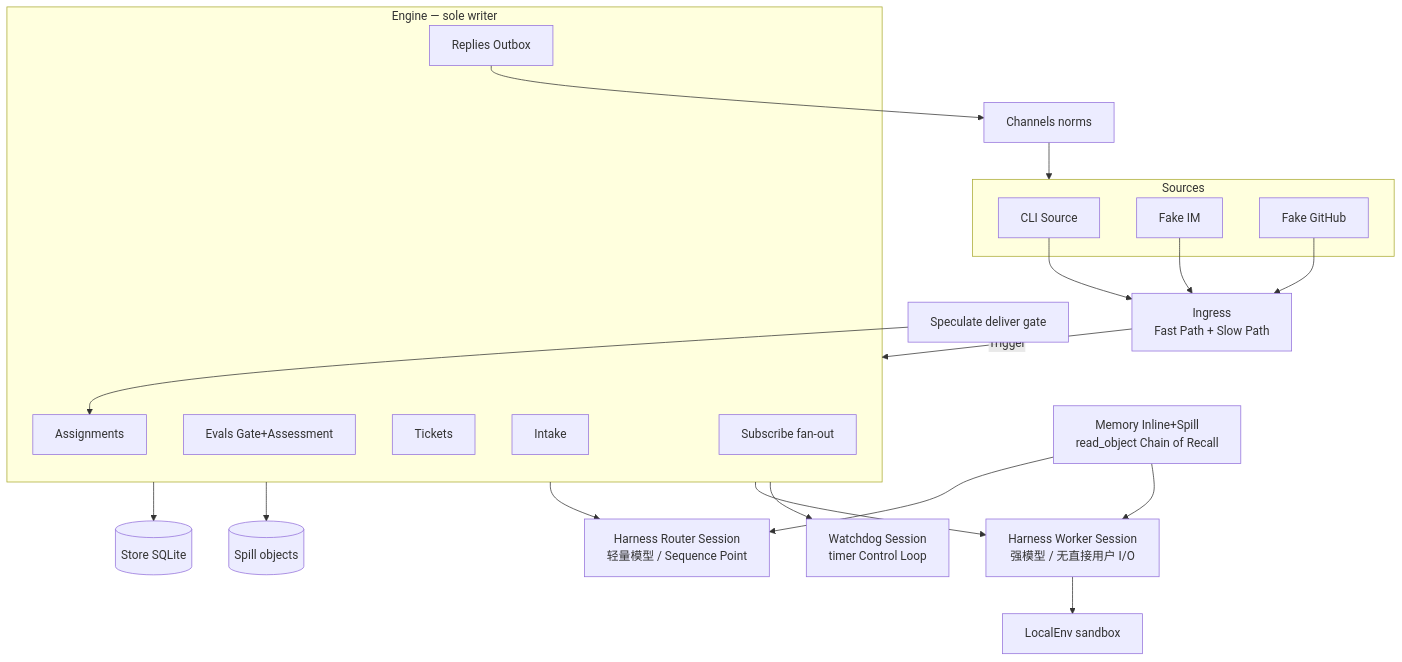
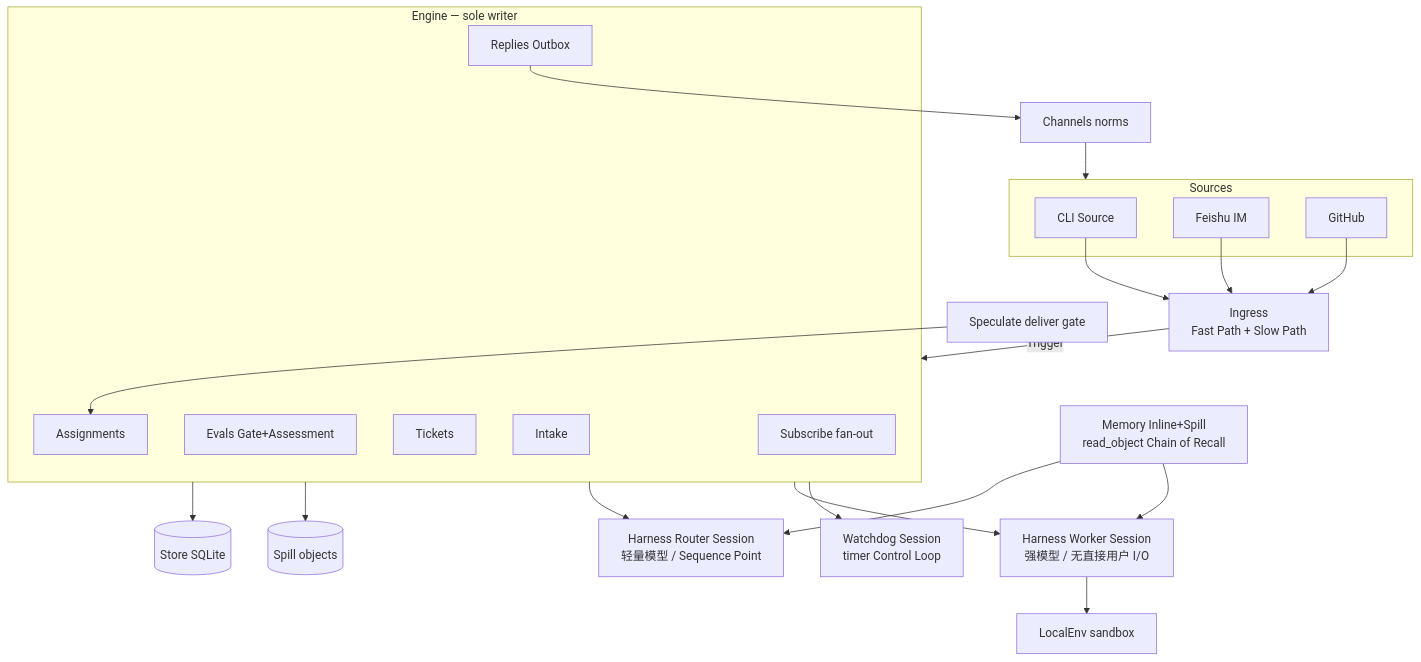
One commit to LofiSu/deepseek-super-agent changed the diagram in PLAN.md. Above: the diagram before and after it, drawn with Mermaid. The commit also changed other lines of this file and 25 other files, not shown here.

First line of the commit message:
feat(demo): real Feishu/GitHub channels + three live demos

````diff
--- a/PLAN.md
+++ b/PLAN.md
@@ -137,35 +137,35 @@
 ```mermaid
 flowchart TB
   subgraph Sources
     CLI[CLI Source]
-    FIM[Fake IM]
-    FGH[Fake GitHub]
+    FIM[Feishu IM]
+    FGH[GitHub]
   end
 
   CLI --> ING
   FIM --> ING
   FGH --> ING
 
   ING[Ingress<br/>Fast Path + Slow Path] -->|Trigger| ENG
 
   subgraph ENG[Engine — sole writer]
     INT[Intake]
     EV[Evals Gate+Assessment]
     TK[Tickets]
     AS[Assignments]
     RP[Replies Outbox]
     SUB[Subscribe fan-out]
   end
 
   ENG --> STORE[(Store SQLite)]
   ENG --> SPILL[(Spill objects)]
   ENG --> H_R[Harness Router Session<br/>轻量模型 / Sequence Point]
   ENG --> H_W[Harness Worker Session<br/>强模型 / 无直接用户 I/O]
   H_W --> ENV[LocalEnv sandbox]
   ENG --> WD[Watchdog Session<br/>timer Control Loop]
   RP --> CH[Channels norms]
   CH --> Sources
   MEM[Memory Inline+Spill<br/>read_object Chain of Recall] --> H_R
   MEM --> H_W
   SPEC[Speculate deliver gate] --> AS
 ```
````
